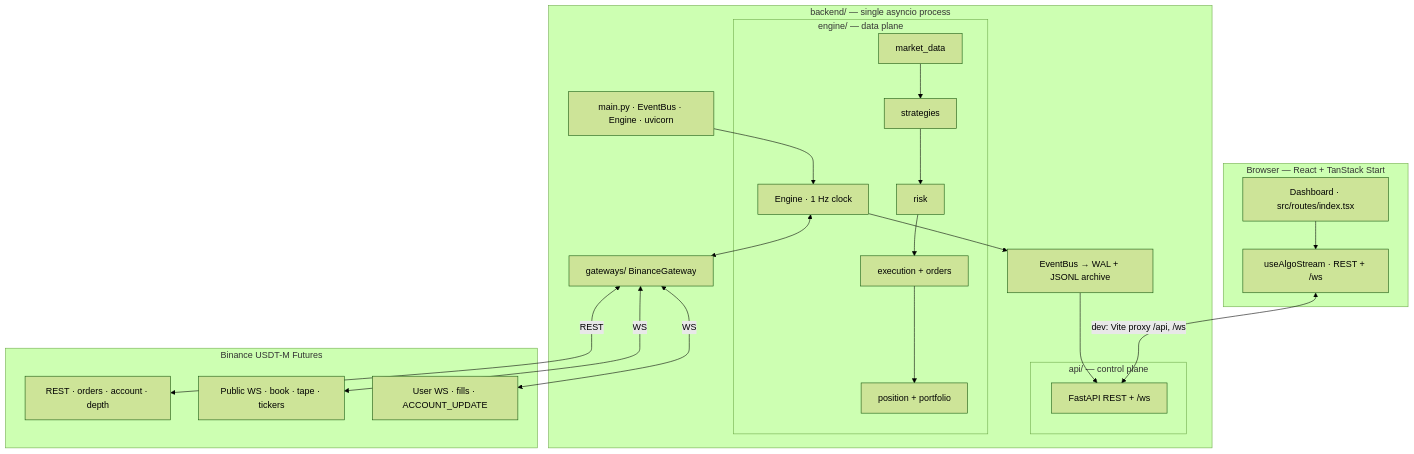
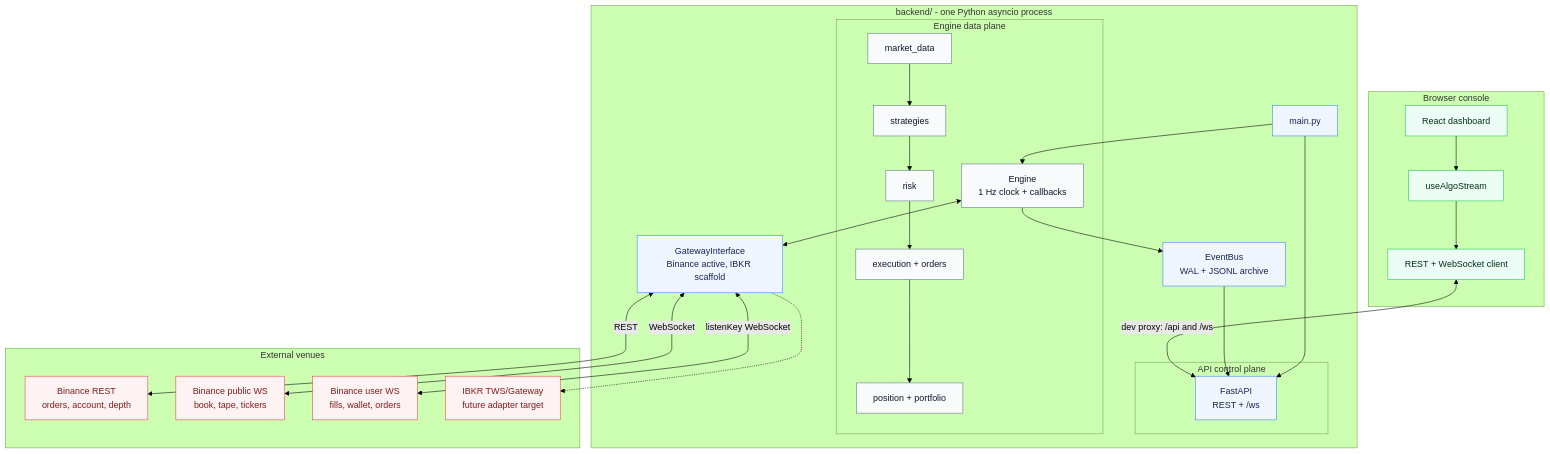
Before and after one commit to Zendragon98/algo-trading-hub: the second of 8 diagrams in README.md, drawn with Mermaid (forest theme). The commit also changed other lines of this file and 13 other files, not shown here.

Commit message:
Polish architecture diagrams

````diff
--- a/README.md
+++ b/README.md
@@ -474,38 +481,50 @@
 ```mermaid
 flowchart TB
-    subgraph Browser["Browser — React + TanStack Start"]
-        UI["Dashboard · src/routes/index.tsx"]
-        HOOK["useAlgoStream · REST + /ws"]
-        UI --> HOOK
+    subgraph Browser["Browser console"]
+        UI["React dashboard"]
+        HOOK["useAlgoStream"]
+        CLIENT["REST + WebSocket client"]
+        UI --> HOOK --> CLIENT
     end
 
-    subgraph Backend["backend/ — single asyncio process"]
-        MAIN["main.py · EventBus · Engine · uvicorn"]
-        subgraph API["api/ — control plane"]
-            FAST["FastAPI REST + /ws"]
+    subgraph Backend["backend/ - one Python asyncio process"]
+        MAIN["main.py"]
+        subgraph API["API control plane"]
+            FAST["FastAPI<br/>REST + /ws"]
         end
-        subgraph Core["engine/ — data plane"]
-            ENG["Engine · 1 Hz clock"]
-            MD["market_data"] --> ST["strategies"]
-            ST --> RK["risk"] --> EX["execution + orders"]
-            EX --> POS["position + portfolio"]
+        subgraph Core["Engine data plane"]
+            ENG["Engine<br/>1 Hz clock + callbacks"]
+            MD["market_data"] --> ST["strategies"] --> RK["risk"]
+            RK --> EX["execution + orders"] --> POS["position + portfolio"]
         end
-        GW["gateways/ BinanceGateway"]
-        BUS["EventBus → WAL + JSONL archive"]
+        GW["GatewayInterface<br/>Binance active, IBKR scaffold"]
+        BUS["EventBus<br/>WAL + JSONL archive"]
         MAIN --> ENG
+        MAIN --> FAST
         ENG <--> GW
         ENG --> BUS
         BUS --> FAST
     end
 
-    subgraph Venue["Binance USDT-M Futures"]
-        REST["REST · orders · account · depth"]
-        WS_P["Public WS · book · tape · tickers"]
-        WS_U["User WS · fills · ACCOUNT_UPDATE"]
+    subgraph Venue["External venues"]
+        REST["Binance REST<br/>orders, account, depth"]
+        WS_P["Binance public WS<br/>book, tape, tickers"]
+        WS_U["Binance user WS<br/>fills, wallet, orders"]
+        TWS["IBKR TWS/Gateway<br/>future adapter target"]
     end
 
-    HOOK <-->|"dev: Vite proxy /api, /ws"| FAST
+    CLIENT <-->|"dev proxy: /api and /ws"| FAST
     GW <-->|REST| REST
-    GW <-->|WS| WS_P
-    GW <-->|WS| WS_U
+    GW <-->|WebSocket| WS_P
+    GW <-->|listenKey WebSocket| WS_U
+    GW -.-> TWS
+
+    classDef ui fill:#ecfdf5,stroke:#22c55e,color:#052e16
+    classDef backend fill:#eff6ff,stroke:#3b82f6,color:#172554
+    classDef engine fill:#f8fafc,stroke:#64748b,color:#0f172a
+    classDef venue fill:#fef2f2,stroke:#ef4444,color:#7f1d1d
+    class UI,HOOK,CLIENT ui
+    class MAIN,FAST,GW,BUS backend
+    class ENG,MD,ST,RK,EX,POS engine
+    class REST,WS_P,WS_U,TWS venue
 ```
````
